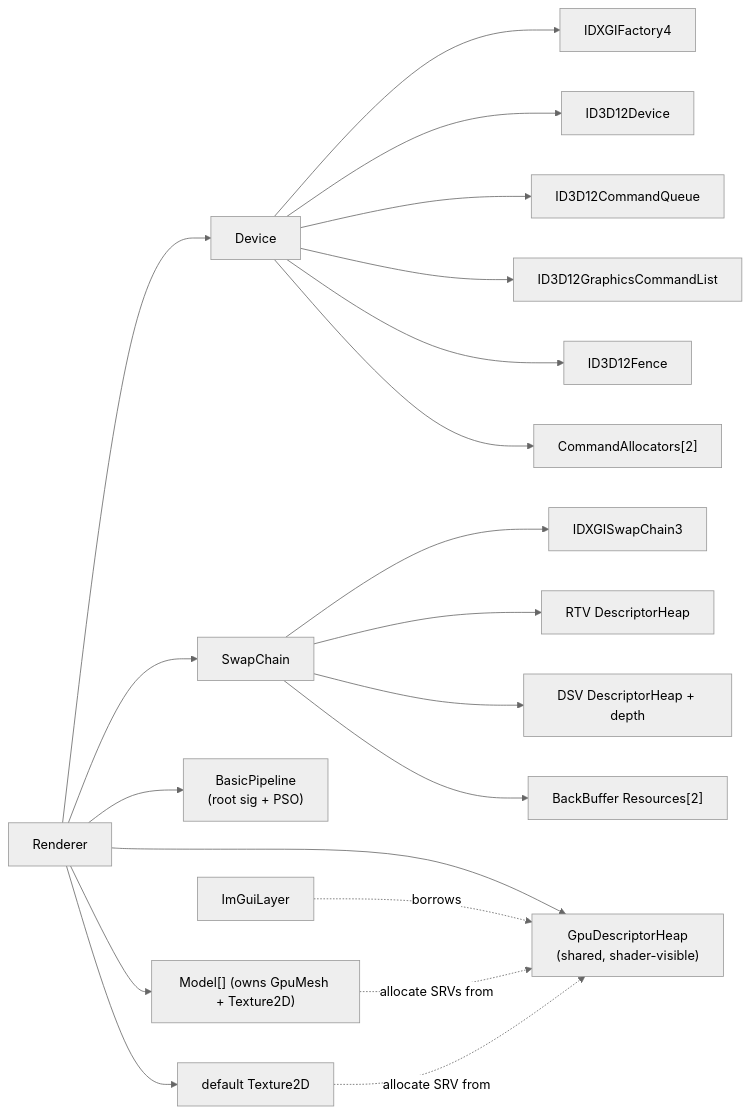
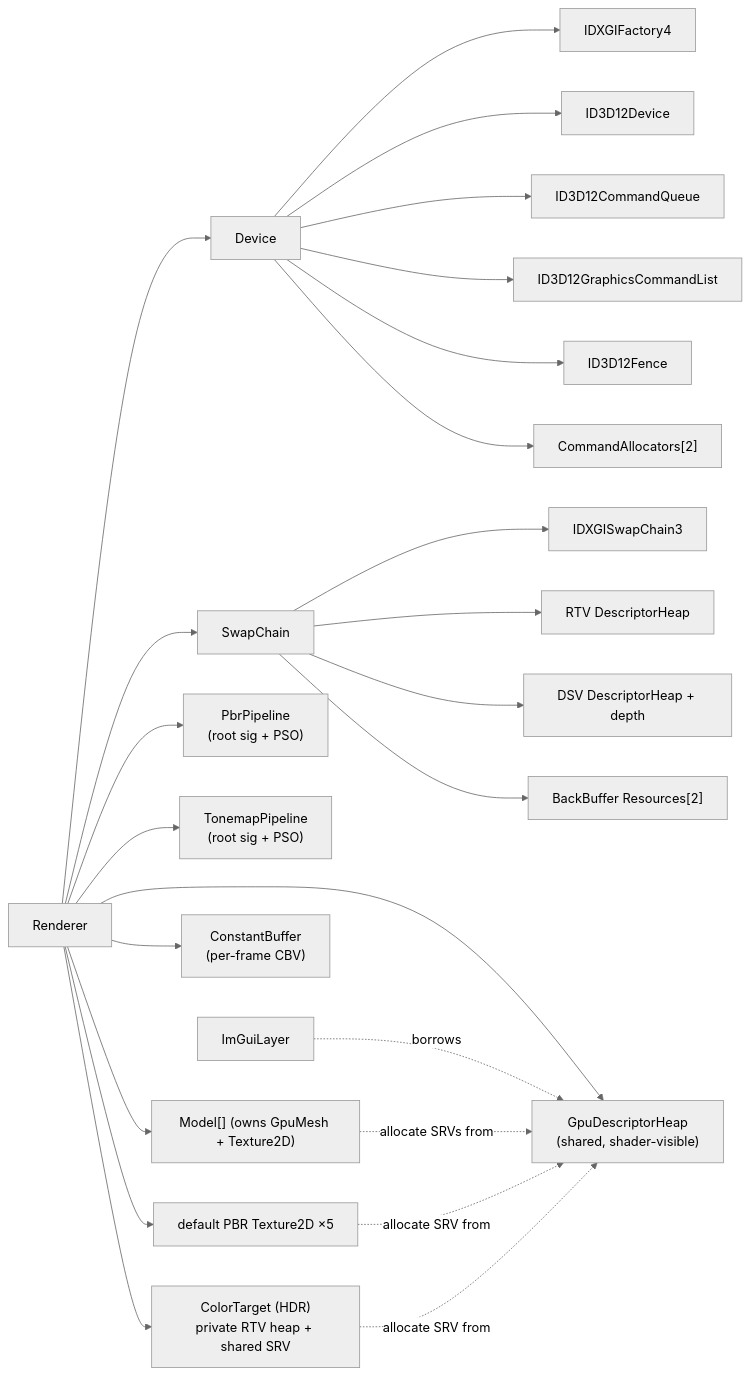
One commit to RomanovV/SummerEngine changed the fourth of 6 diagrams in docs/ARCHITECTURE.md. Above: the diagram before and after it, drawn with Mermaid (neutral theme). The commit also changed other lines of this file and 48 other files, not shown here.

First line of the commit message:
Phase 2: forward PBR with HDR tonemap

````diff
--- a/docs/ARCHITECTURE.md
+++ b/docs/ARCHITECTURE.md
@@ -268,28 +294,32 @@
 ```mermaid
 graph LR
     Device["Device"]
     Device --> Factory["IDXGIFactory4"]
     Device --> D3D["ID3D12Device"]
     Device --> Queue["ID3D12CommandQueue"]
     Device --> CmdList["ID3D12GraphicsCommandList"]
     Device --> Fence["ID3D12Fence"]
     Device --> Allocators["CommandAllocators[2]"]
 
     SwapChain["SwapChain"]
     SwapChain --> DXGI["IDXGISwapChain3"]
     SwapChain --> RTVHeap["RTV DescriptorHeap"]
     SwapChain --> DSVHeap["DSV DescriptorHeap + depth"]
     SwapChain --> BackBuffers["BackBuffer Resources[2]"]
 
     Renderer["Renderer"]
     Renderer --> Device
     Renderer --> SwapChain
     Renderer --> SrvHeap["GpuDescriptorHeap<br/>(shared, shader-visible)"]
-    Renderer --> Pipeline["BasicPipeline<br/>(root sig + PSO)"]
+    Renderer --> Pbr["PbrPipeline<br/>(root sig + PSO)"]
+    Renderer --> Tonemap["TonemapPipeline<br/>(root sig + PSO)"]
+    Renderer --> HDR["ColorTarget (HDR)<br/>private RTV heap + shared SRV"]
+    Renderer --> FrameCB["ConstantBuffer<br/>(per-frame CBV)"]
     Renderer --> Models["Model[] (owns GpuMesh + Texture2D)"]
-    Renderer --> DefaultTex["default Texture2D"]
+    Renderer --> DefaultTex["default PBR Texture2D ×5"]
 
     ImGuiLayer["ImGuiLayer"] -.borrows.-> SrvHeap
     Models -.allocate SRVs from.-> SrvHeap
     DefaultTex -.allocate SRV from.-> SrvHeap
+    HDR -.allocate SRV from.-> SrvHeap
 ```
````
